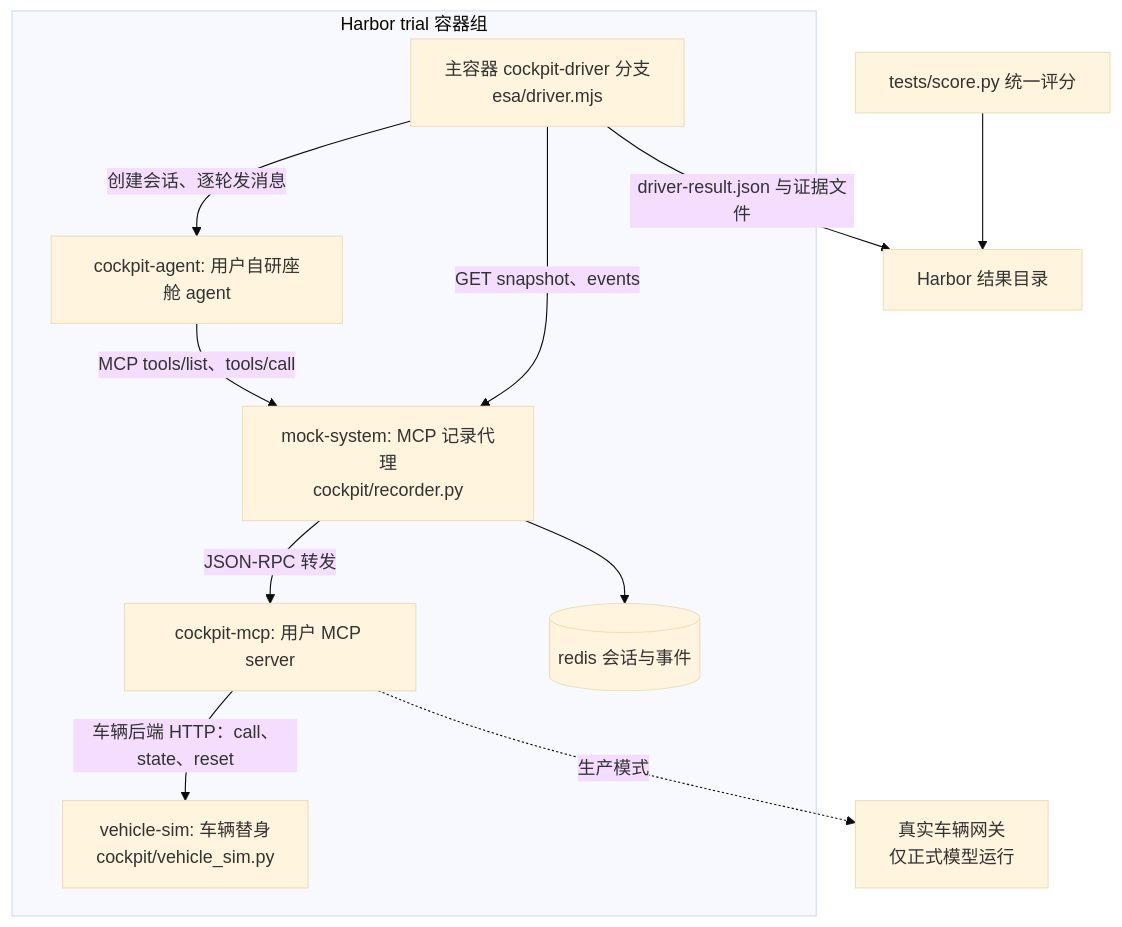
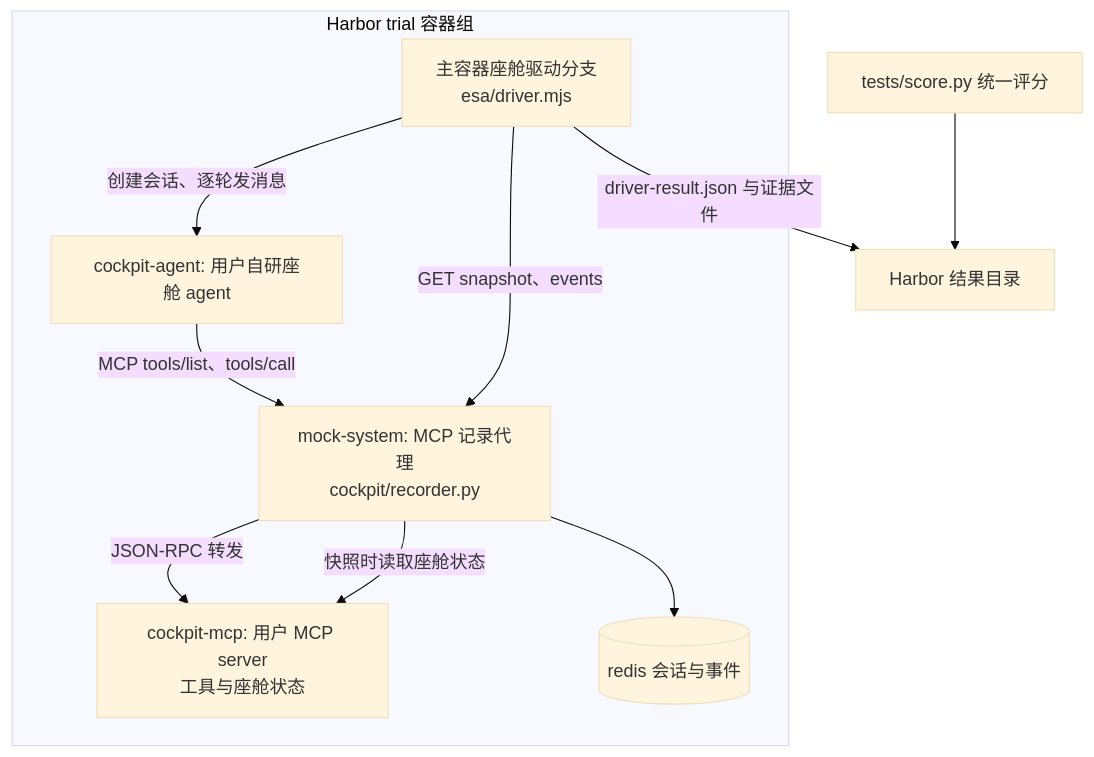
Before and after one commit to QIU-77777/ESA-bench: the diagram in docs/esa-cockpit-agent-eval-plan.md, drawn with Mermaid (base theme). The commit also changed other lines of this file, not shown here.

First line of the commit message:
Rework cockpit plan for a tool-providing MCP server

````diff
--- a/docs/esa-cockpit-agent-eval-plan.md
+++ b/docs/esa-cockpit-agent-eval-plan.md
@@ -101,21 +101,18 @@
 ```mermaid
 flowchart TB
   subgraph trial[Harbor trial 容器组]
-    driver[主容器 cockpit-driver 分支<br/>esa/driver.mjs]
+    driver[主容器座舱驱动分支<br/>esa/driver.mjs]
     recorder[mock-system: MCP 记录代理<br/>cockpit/recorder.py]
     agent[cockpit-agent: 用户自研座舱 agent]
-    mcpserver[cockpit-mcp: 用户 MCP server]
-    sim[vehicle-sim: 车辆替身<br/>cockpit/vehicle_sim.py]
+    mcpserver[cockpit-mcp: 用户 MCP server<br/>工具与座舱状态]
     redis[(redis 会话与事件)]
   end
-  gateway[真实车辆网关<br/>仅正式模型运行]
   driver -->|创建会话、逐轮发消息| agent
   agent -->|MCP tools/list、tools/call| recorder
   recorder -->|JSON-RPC 转发| mcpserver
-  mcpserver -->|车辆后端 HTTP：call、state、reset| sim
-  mcpserver -. 生产模式 .-> gateway
+  recorder -->|快照时读取座舱状态| mcpserver
   recorder --> redis
   driver -->|GET snapshot、events| recorder
   driver -->|driver-result.json 与证据文件| harbor[Harbor 结果目录]
   verifier[tests/score.py 统一评分] --> harbor
 ```
````
